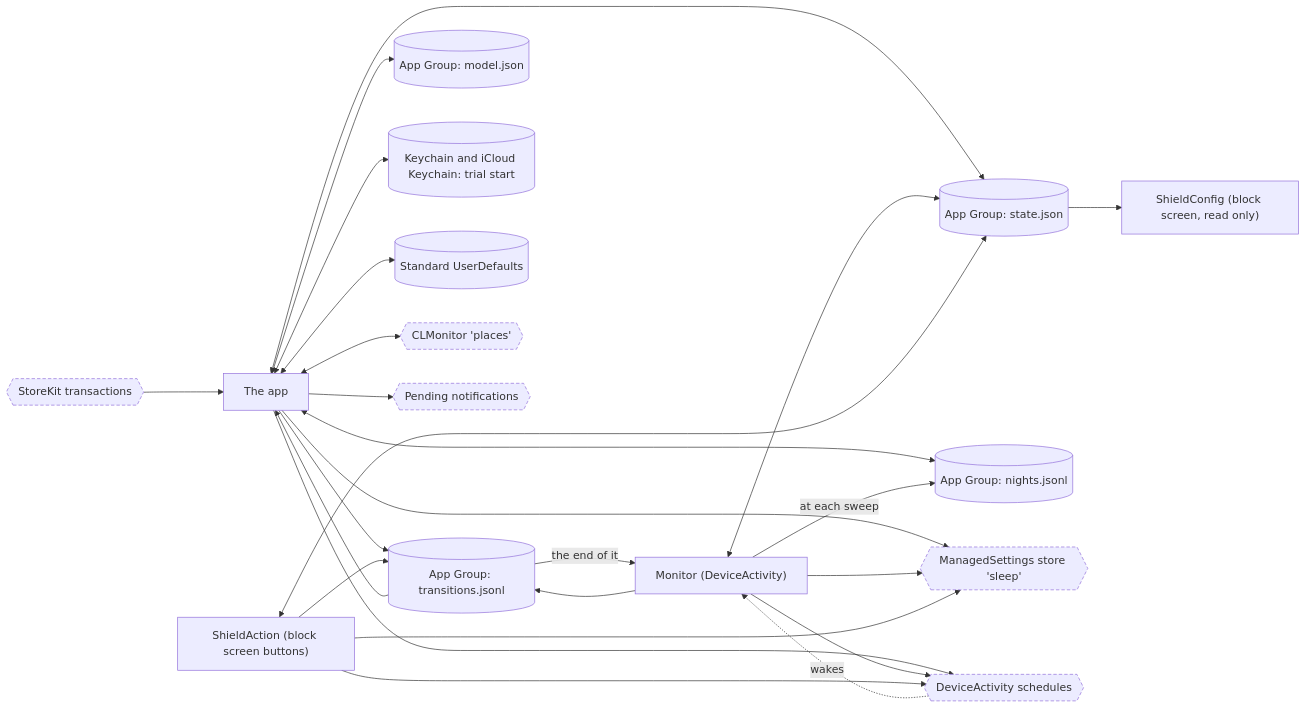
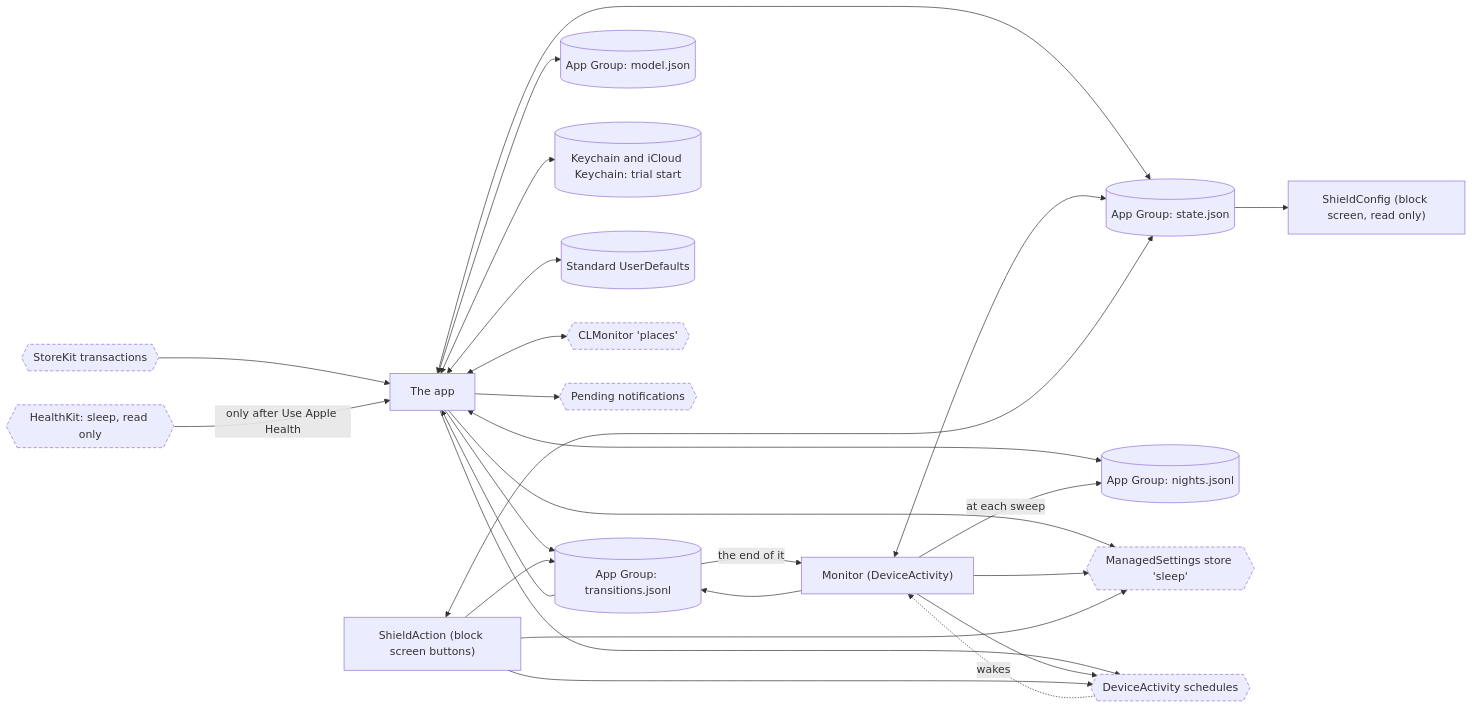
Before and after one commit to adit-rah/toll: the diagram in docs/flows/data.md, drawn with Mermaid. The commit also changed other lines of this file and 11 other files, not shown here.

First line of the commit message:
Charts, data inventory and renders for the fitted onboarding and flow #1 (#144)

````diff
--- a/docs/flows/data.md
+++ b/docs/flows/data.md
@@ -11,44 +11,46 @@
 ```mermaid
 flowchart LR
   app["The app"]
   monitor["Monitor (DeviceActivity)"]
   action["ShieldAction (block screen buttons)"]
   config["ShieldConfig (block screen, read only)"]
   state[("App Group: state.json")]
   log[("App Group: transitions.jsonl")]
   nights[("App Group: nights.jsonl")]
   model[("App Group: model.json")]
   keychain[("Keychain and iCloud Keychain: trial start")]
   defaults[("Standard UserDefaults")]
   shield{{"ManagedSettings store 'sleep'"}}
   schedules{{"DeviceActivity schedules"}}
   regions{{"CLMonitor 'places'"}}
   notes{{"Pending notifications"}}
   storekit{{"StoreKit transactions"}}
+  healthkit{{"HealthKit: sleep, read only"}}
   app <--> state
   monitor <--> state
   action <--> state
   state --> config
   app --> log
   monitor --> log
   action --> log
   log --> app
   log -->|"the end of it"| monitor
   app <--> nights
   monitor -->|"at each sweep"| nights
   app <--> model
   app <--> keychain
   app <--> defaults
   app --> shield
   monitor --> shield
   action --> shield
   app --> schedules
   monitor --> schedules
   action --> schedules
   schedules -.->|"wakes"| monitor
   app <--> regions
   app --> notes
   storekit --> app
+  healthkit -->|"only after Use Apple Health"| app
   classDef system stroke-dasharray: 5 3
-  class shield,schedules,regions,notes,storekit system
+  class shield,schedules,regions,notes,storekit,healthkit system
 ```
````
